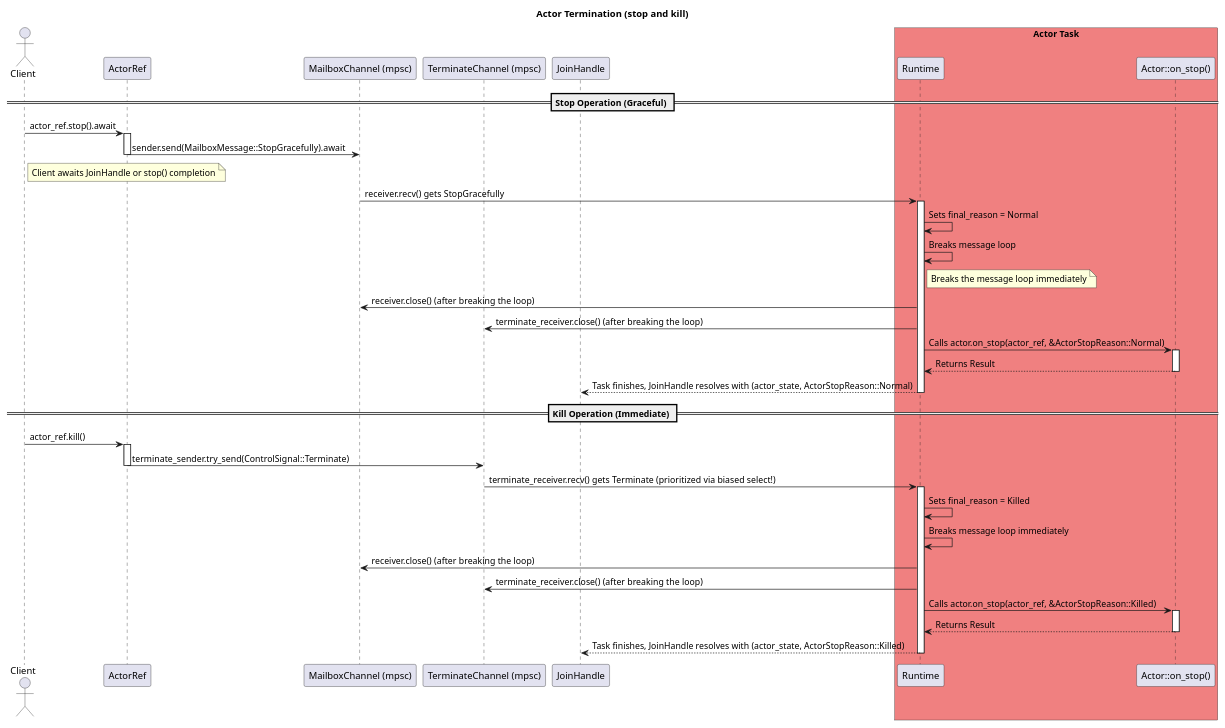
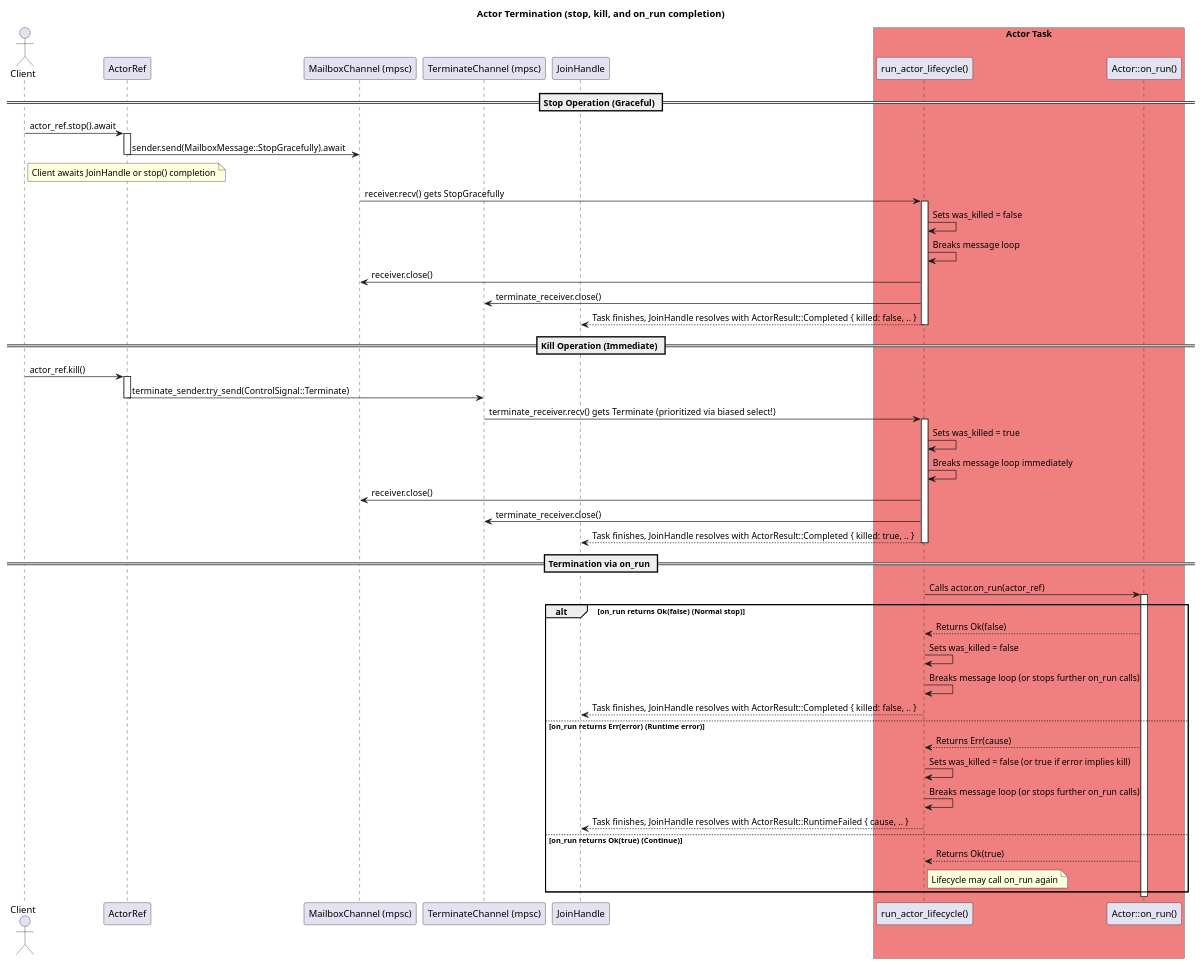
Before and after one commit to hiking90/rsactor: the diagram in docs/termination.puml, drawn with PlantUML. The commit also changed 14 other files, not shown here.

```diff
--- a/docs/termination.puml
+++ b/docs/termination.puml
@@ -1,60 +1,68 @@
 @startuml Actor Termination
-title Actor Termination (stop and kill)
+title Actor Termination (stop, kill, and on_run completion)
 
 actor Client
 participant "ActorRef" as ActorRef_obj
 participant "MailboxChannel (mpsc)" as MailboxChannel
 participant "TerminateChannel (mpsc)" as TerminateChannel
-participant "Runtime" as Runtime_obj
-participant "Actor::on_stop()" as on_stop_method
+participant "run_actor_lifecycle()" as Lifecycle
+participant "Actor::on_run()" as on_run_method
 participant "JoinHandle" as JoinHandle_obj
 
 box "Actor Task" #LightCoral
-    participant Runtime_obj
-    participant on_stop_method
+    participant Lifecycle
+    participant on_run_method
 end box
 
 == Stop Operation (Graceful) ==
 Client -> ActorRef_obj: actor_ref.stop().await
 activate ActorRef_obj
 ActorRef_obj -> MailboxChannel: sender.send(MailboxMessage::StopGracefully).await
 deactivate ActorRef_obj
 note right of Client: Client awaits JoinHandle or stop() completion
 
-MailboxChannel -> Runtime_obj: receiver.recv() gets StopGracefully
-activate Runtime_obj
-Runtime_obj -> Runtime_obj: Sets final_reason = Normal
-Runtime_obj -> Runtime_obj: Breaks message loop
-note right of Runtime_obj: Breaks the message loop immediately
-Runtime_obj -> MailboxChannel: receiver.close() (after breaking the loop)
-Runtime_obj -> TerminateChannel: terminate_receiver.close() (after breaking the loop)
-
-Runtime_obj -> on_stop_method: Calls actor.on_stop(actor_ref, &ActorStopReason::Normal)
-activate on_stop_method
-on_stop_method --> Runtime_obj: Returns Result
-deactivate on_stop_method
-Runtime_obj --> JoinHandle_obj: Task finishes, JoinHandle resolves with (actor_state, ActorStopReason::Normal)
-deactivate Runtime_obj
-
+MailboxChannel -> Lifecycle: receiver.recv() gets StopGracefully
+activate Lifecycle
+Lifecycle -> Lifecycle: Sets was_killed = false
+Lifecycle -> Lifecycle: Breaks message loop
+Lifecycle -> MailboxChannel: receiver.close()
+Lifecycle -> TerminateChannel: terminate_receiver.close()
+Lifecycle --> JoinHandle_obj: Task finishes, JoinHandle resolves with ActorResult::Completed { killed: false, .. }
+deactivate Lifecycle
 
 == Kill Operation (Immediate) ==
 Client -> ActorRef_obj: actor_ref.kill()
 activate ActorRef_obj
 ActorRef_obj -> TerminateChannel: terminate_sender.try_send(ControlSignal::Terminate)
 deactivate ActorRef_obj
 
-TerminateChannel -> Runtime_obj: terminate_receiver.recv() gets Terminate (prioritized via biased select!)
-activate Runtime_obj
-Runtime_obj -> Runtime_obj: Sets final_reason = Killed
-Runtime_obj -> Runtime_obj: Breaks message loop immediately
-Runtime_obj -> MailboxChannel: receiver.close() (after breaking the loop)
-Runtime_obj -> TerminateChannel: terminate_receiver.close() (after breaking the loop)
+TerminateChannel -> Lifecycle: terminate_receiver.recv() gets Terminate (prioritized via biased select!)
+activate Lifecycle
+Lifecycle -> Lifecycle: Sets was_killed = true
+Lifecycle -> Lifecycle: Breaks message loop immediately
+Lifecycle -> MailboxChannel: receiver.close()
+Lifecycle -> TerminateChannel: terminate_receiver.close()
+Lifecycle --> JoinHandle_obj: Task finishes, JoinHandle resolves with ActorResult::Completed { killed: true, .. }
+deactivate Lifecycle
 
-Runtime_obj -> on_stop_method: Calls actor.on_stop(actor_ref, &ActorStopReason::Killed)
-activate on_stop_method
-on_stop_method --> Runtime_obj: Returns Result
-deactivate on_stop_method
-Runtime_obj --> JoinHandle_obj: Task finishes, JoinHandle resolves with (actor_state, ActorStopReason::Killed)
-deactivate Runtime_obj
+== Termination via on_run ==
+Lifecycle -> on_run_method: Calls actor.on_run(actor_ref)
+activate on_run_method
+alt on_run returns Ok(false) (Normal stop)
+    on_run_method --> Lifecycle: Returns Ok(false)
+    Lifecycle -> Lifecycle: Sets was_killed = false
+    Lifecycle -> Lifecycle: Breaks message loop (or stops further on_run calls)
+    Lifecycle --> JoinHandle_obj: Task finishes, JoinHandle resolves with ActorResult::Completed { killed: false, .. }
+else on_run returns Err(error) (Runtime error)
+    on_run_method --> Lifecycle: Returns Err(cause)
+    Lifecycle -> Lifecycle: Sets was_killed = false (or true if error implies kill)
+    Lifecycle -> Lifecycle: Breaks message loop (or stops further on_run calls)
+    Lifecycle --> JoinHandle_obj: Task finishes, JoinHandle resolves with ActorResult::RuntimeFailed { cause, .. }
+else on_run returns Ok(true) (Continue)
+    on_run_method --> Lifecycle: Returns Ok(true)
+    note right of Lifecycle: Lifecycle may call on_run again
+end
+deactivate on_run_method
+deactivate Lifecycle
 
 @enduml
```
